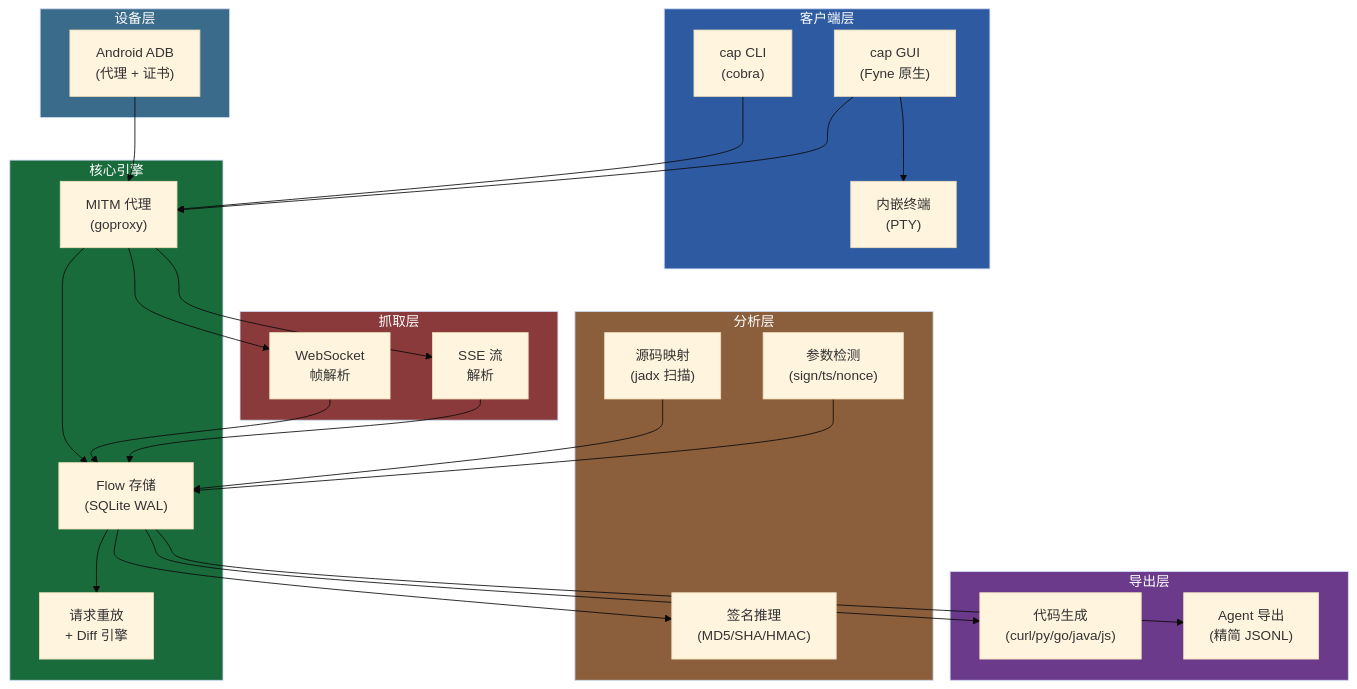
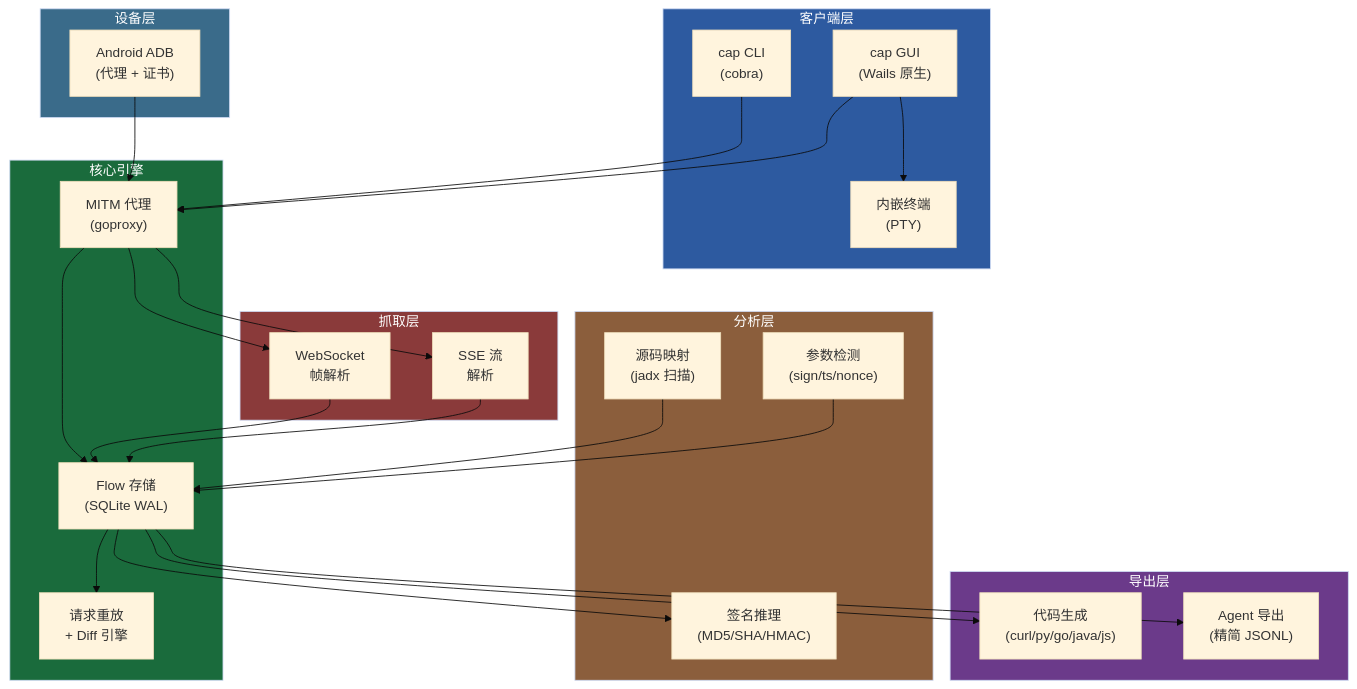
Before and after one commit to overkazaf/cap: the first of 2 diagrams in README_CN.md, drawn with Mermaid (base theme). The commit also changed other lines of this file and 32 other files, not shown here.

First line of the commit message:
feat(gui): replace Fyne with Wails + Svelte for modern desktop UI

````diff
--- a/README_CN.md
+++ b/README_CN.md
@@ -43,57 +43,57 @@
 ```mermaid
 flowchart TB
     subgraph 客户端["客户端层"]
         CLI["cap CLI<br/>(cobra)"]
-        GUI["cap GUI<br/>(Fyne 原生)"]
+        GUI["cap GUI<br/>(Wails 原生)"]
         TTY["内嵌终端<br/>(PTY)"]
     end
 
     subgraph 核心引擎["核心引擎"]
         PROXY["MITM 代理<br/>(goproxy)"]
         STORE["Flow 存储<br/>(SQLite WAL)"]
         REPLAY["请求重放<br/>+ Diff 引擎"]
     end
 
     subgraph 分析层["分析层"]
         SIGN["签名推理<br/>(MD5/SHA/HMAC)"]
         CONTEXT["源码映射<br/>(jadx 扫描)"]
         DETECT["参数检测<br/>(sign/ts/nonce)"]
     end
 
     subgraph 导出层["导出层"]
         CODEGEN["代码生成<br/>(curl/py/go/java/js)"]
         AGENT["Agent 导出<br/>(精简 JSONL)"]
     end
 
     subgraph 抓取层["抓取层"]
         WS["WebSocket<br/>帧解析"]
         SSE["SSE 流<br/>解析"]
     end
 
     subgraph 设备层["设备层"]
         ADB["Android ADB<br/>(代理 + 证书)"]
     end
 
     CLI --> PROXY
     GUI --> PROXY
     GUI --> TTY
     PROXY --> STORE
     PROXY --> WS
     PROXY --> SSE
     WS --> STORE
     SSE --> STORE
     STORE --> CODEGEN
     STORE --> AGENT
     STORE --> SIGN
     STORE --> REPLAY
     CONTEXT --> STORE
     DETECT --> STORE
     ADB --> PROXY
 
     style 客户端 fill:#2d5aa0,color:#fff
     style 核心引擎 fill:#1a6b3c,color:#fff
     style 分析层 fill:#8b5e3c,color:#fff
     style 导出层 fill:#6b3a8a,color:#fff
     style 抓取层 fill:#8a3a3a,color:#fff
     style 设备层 fill:#3a6b8a,color:#fff
 ```
````
